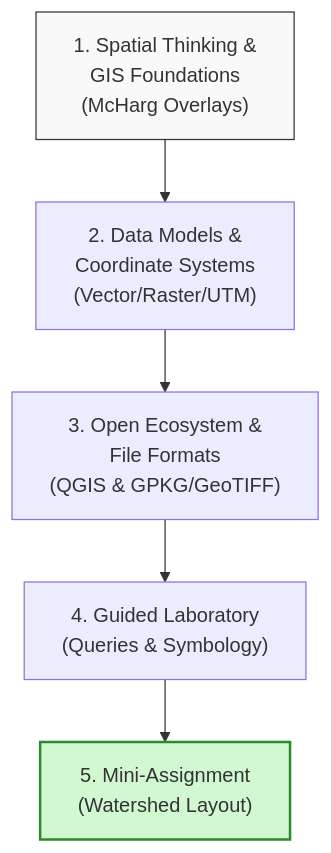
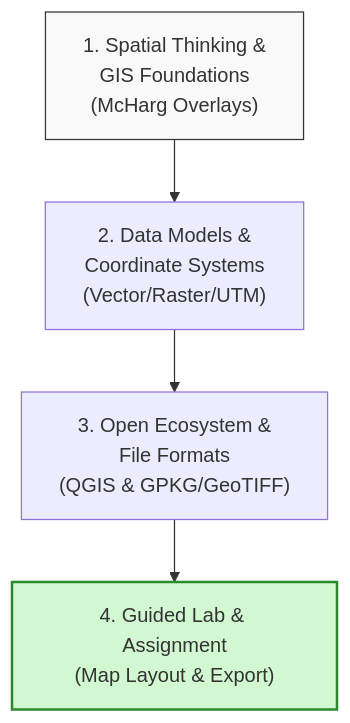
The diagram in docs/day1/index.md (Rotten-Grapes-Pvt-Ltd/QGIS-WECS), drawn with Mermaid before and after one commit. The commit also changed other lines of this file and 10 other files, not shown here.

````diff
--- a/docs/day1/index.md
+++ b/docs/day1/index.md
@@ -29,10 +29,9 @@
 ```mermaid
 graph TD
     A["1. Spatial Thinking &<br/>GIS Foundations<br/>(McHarg Overlays)"] --> B["2. Data Models &<br/>Coordinate Systems<br/>(Vector/Raster/UTM)"]
     B --> C["3. Open Ecosystem &<br/>File Formats<br/>(QGIS & GPKG/GeoTIFF)"]
-    C --> D["4. Guided Laboratory<br/>(Queries & Symbology)"]
-    D --> E["5. Mini-Assignment<br/>(Watershed Layout)"]
+    C --> D["4. Guided Lab & Assignment<br/>(Map Layout & Export)"]
     
     style A fill:#f9f9f9,stroke:#333
-    style E fill:#d2f8d2,stroke:#2b8a2b,stroke-width:2px
+    style D fill:#d2f8d2,stroke:#2b8a2b,stroke-width:2px
 ```
````
